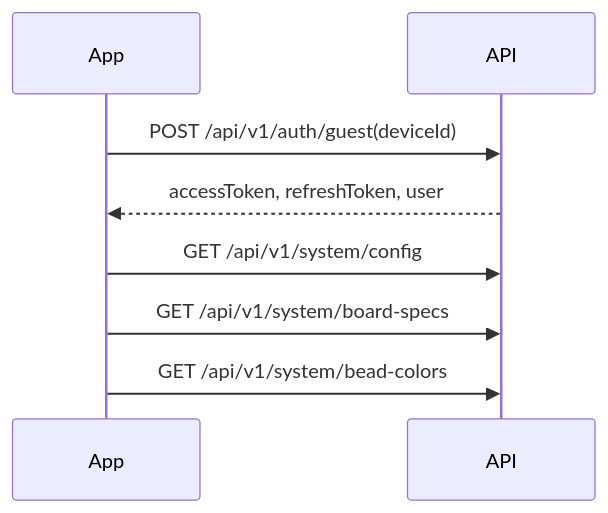
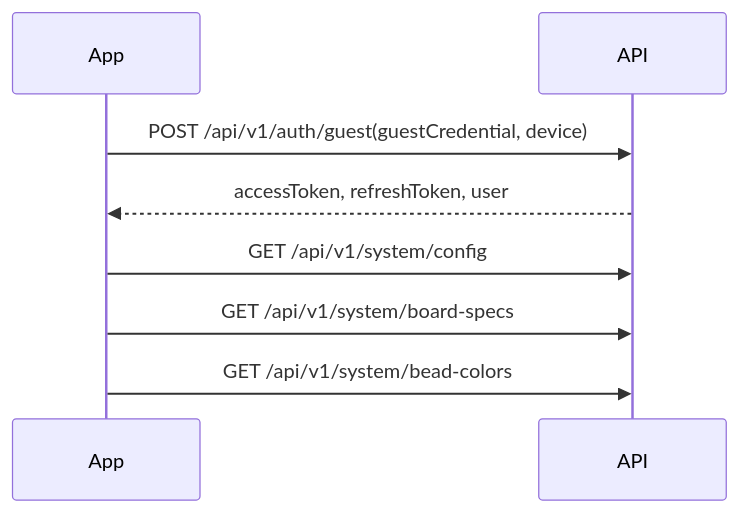
The first of 4 diagrams in docs/flutter-client-api-integration.md (ZHAOJIABO/pintu), drawn with Mermaid before and after one commit. The commit also changed other lines of this file and 12 other files, not shown here.

````diff
--- a/docs/flutter-client-api-integration.md
+++ b/docs/flutter-client-api-integration.md
@@ -282,10 +282,10 @@
 ```mermaid
 sequenceDiagram
     participant App
     participant API
-    App->>API: POST /api/v1/auth/guest(deviceId)
+    App->>API: POST /api/v1/auth/guest(guestCredential, device)
     API-->>App: accessToken, refreshToken, user
     App->>API: GET /api/v1/system/config
     App->>API: GET /api/v1/system/board-specs
     App->>API: GET /api/v1/system/bead-colors
 ```
````
